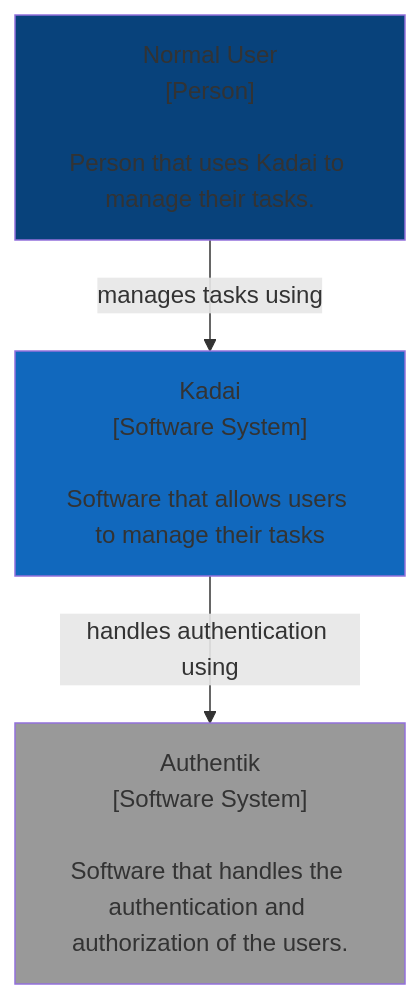
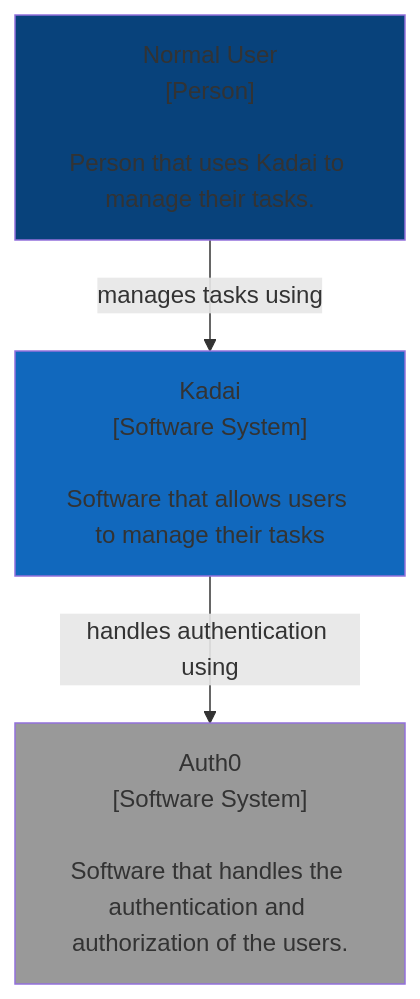
One commit to tonitienda/kadai changed the first of 3 diagrams in .docs/architecture/software-architecture-document.md. Above: the diagram before and after it, drawn with Mermaid. The commit also changed other lines of this file and 2 other files, not shown here.

````diff
--- a/.docs/architecture/software-architecture-document.md
+++ b/.docs/architecture/software-architecture-document.md
@@ -21,31 +21,31 @@
 ```mermaid
 flowchart TB
 
 User["Normal User
 [Person]
 
 Person that uses Kadai to manage their tasks."]
 
 
 Kadai["Kadai
 [Software System]
 
 Software that allows users to manage their tasks"]
 
-Authentik["Authentik
+Auth0["Auth0
 [Software System]
 
 Software that handles the authentication and authorization of the users."]
 
 User -- "manages tasks using" --> Kadai
-Kadai -- "handles authentication using" --> Authentik
+Kadai -- "handles authentication using" --> Auth0
 
 
 classDef person fill:#08427b
 classDef system fill:#1168bd
 classDef external fill:#999999
 
 class User person
 class Kadai system
-class Authentik external
+class Auth0 external
 ```
````
